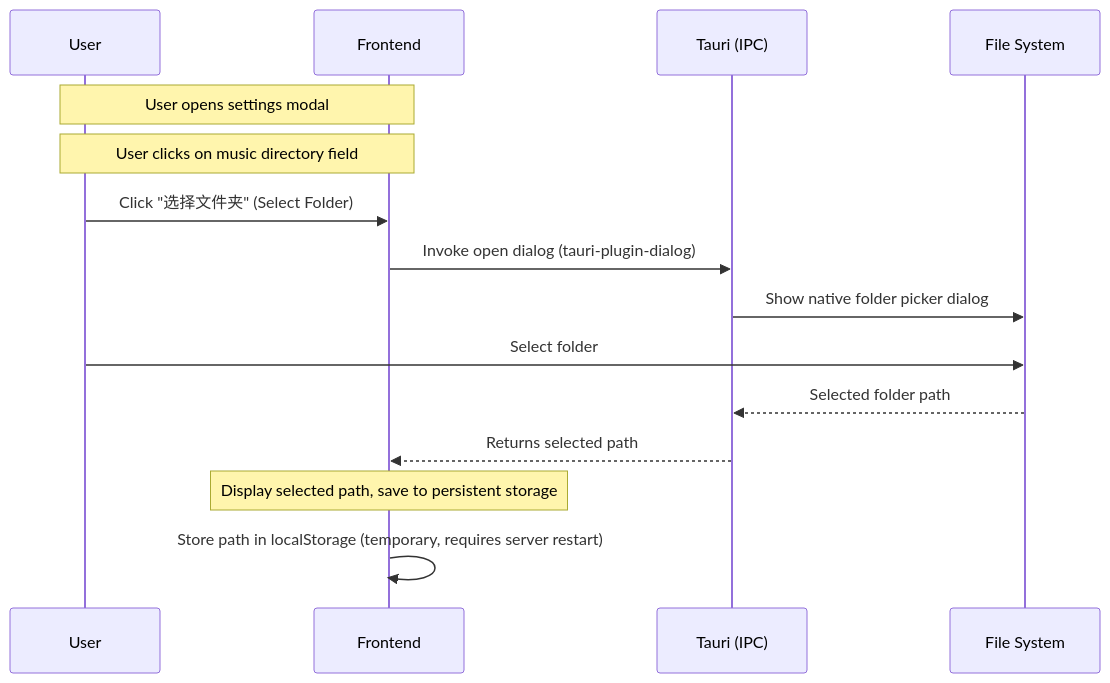
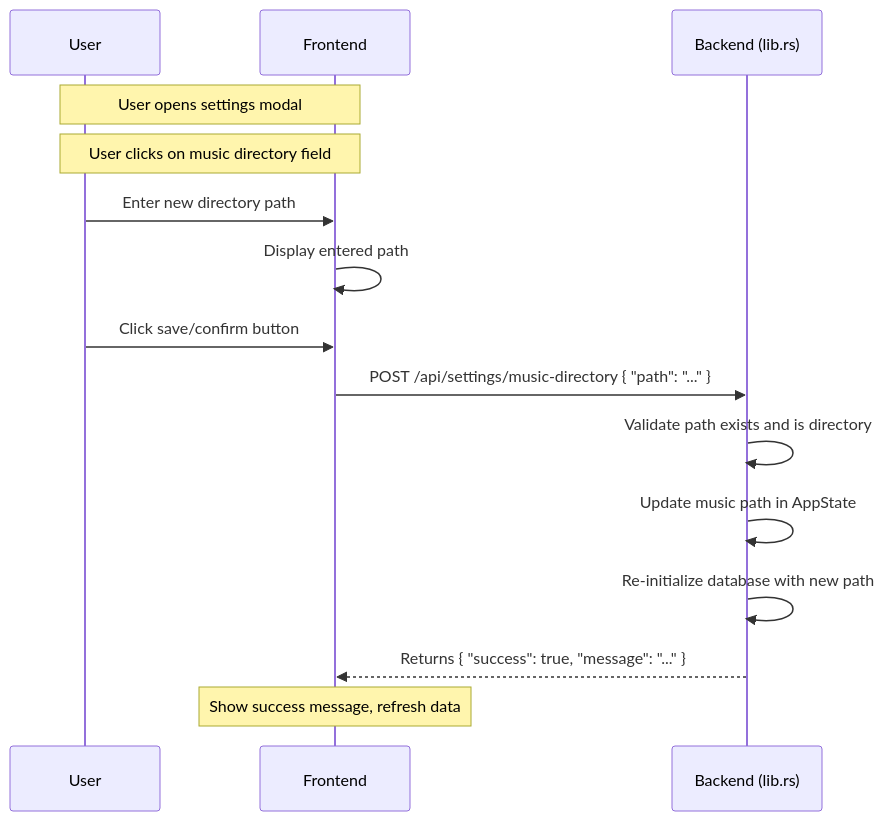
The second of 3 diagrams in docs/settings-and-database-management.md (Afeather2017/Kaulan), drawn with Mermaid before and after one commit. The commit also changed other lines of this file and 3 other files, not shown here.

````diff
--- a/docs/settings-and-database-management.md
+++ b/docs/settings-and-database-management.md
@@ -68,20 +83,21 @@
 ```mermaid
 sequenceDiagram
     participant User as User
     participant FE as Frontend
-    participant Tauri as Tauri (IPC)
-    participant FS as File System
+    participant BE as Backend (lib.rs)
 
     Note over User,FE: User opens settings modal
     Note over User,FE: User clicks on music directory field
 
-    User->>FE: Click "选择文件夹" (Select Folder)
-    FE->>Tauri: Invoke open dialog (tauri-plugin-dialog)
-    Tauri->>FS: Show native folder picker dialog
-    User->>FS: Select folder
-    FS-->>Tauri: Selected folder path
-    Tauri-->>FE: Returns selected path
+    User->>FE: Enter new directory path
+    FE->>FE: Display entered path
 
-    Note over FE: Display selected path, save to persistent storage
-    FE->>FE: Store path in localStorage (temporary, requires server restart)
+    User->>FE: Click save/confirm button
+    FE->>BE: POST /api/settings/music-directory { "path": "..." }
+    BE->>BE: Validate path exists and is directory
+    BE->>BE: Update music path in AppState
+    BE->>BE: Re-initialize database with new path
+    BE-->>FE: Returns { "success": true, "message": "..." }
+
+    Note over FE: Show success message, refresh data
 ```
````
